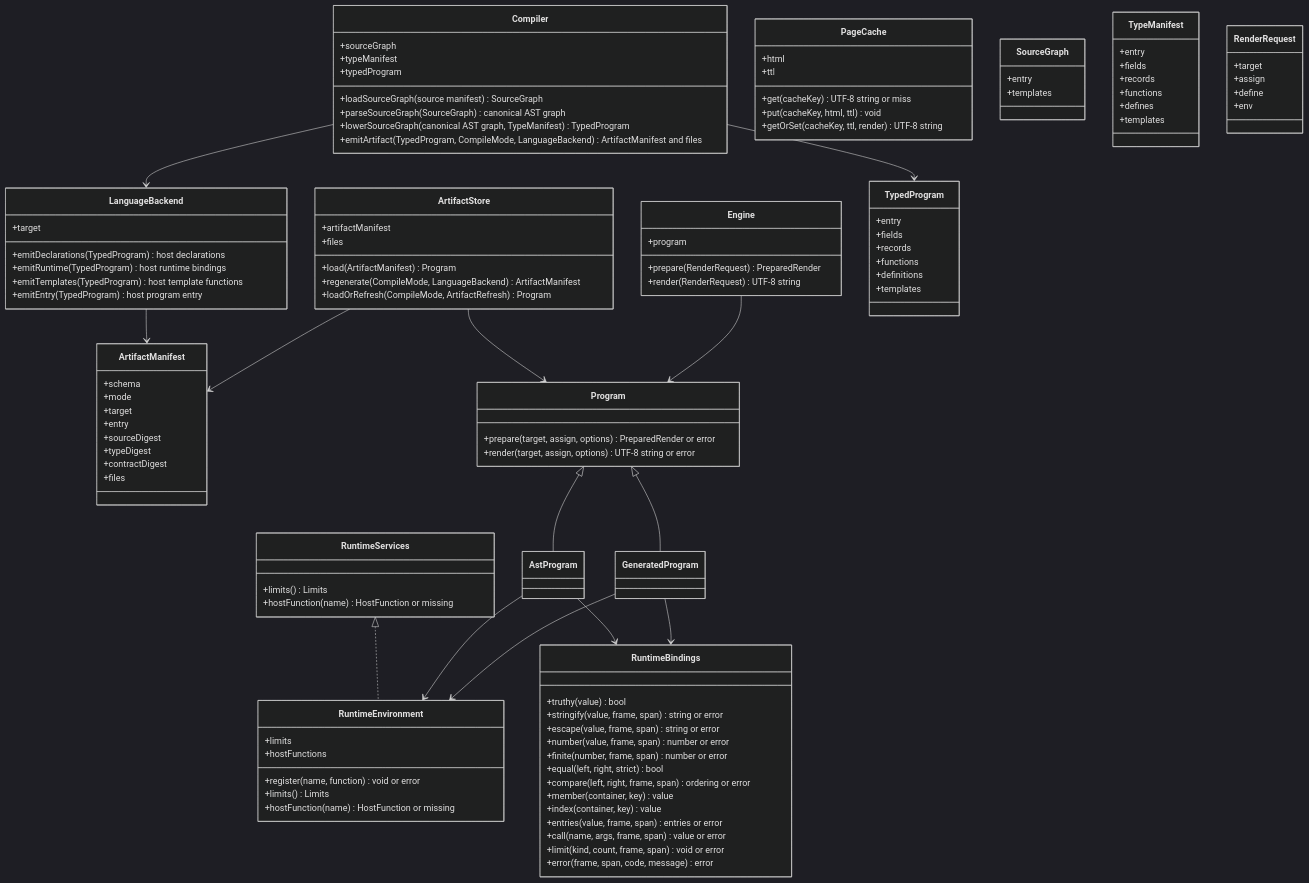
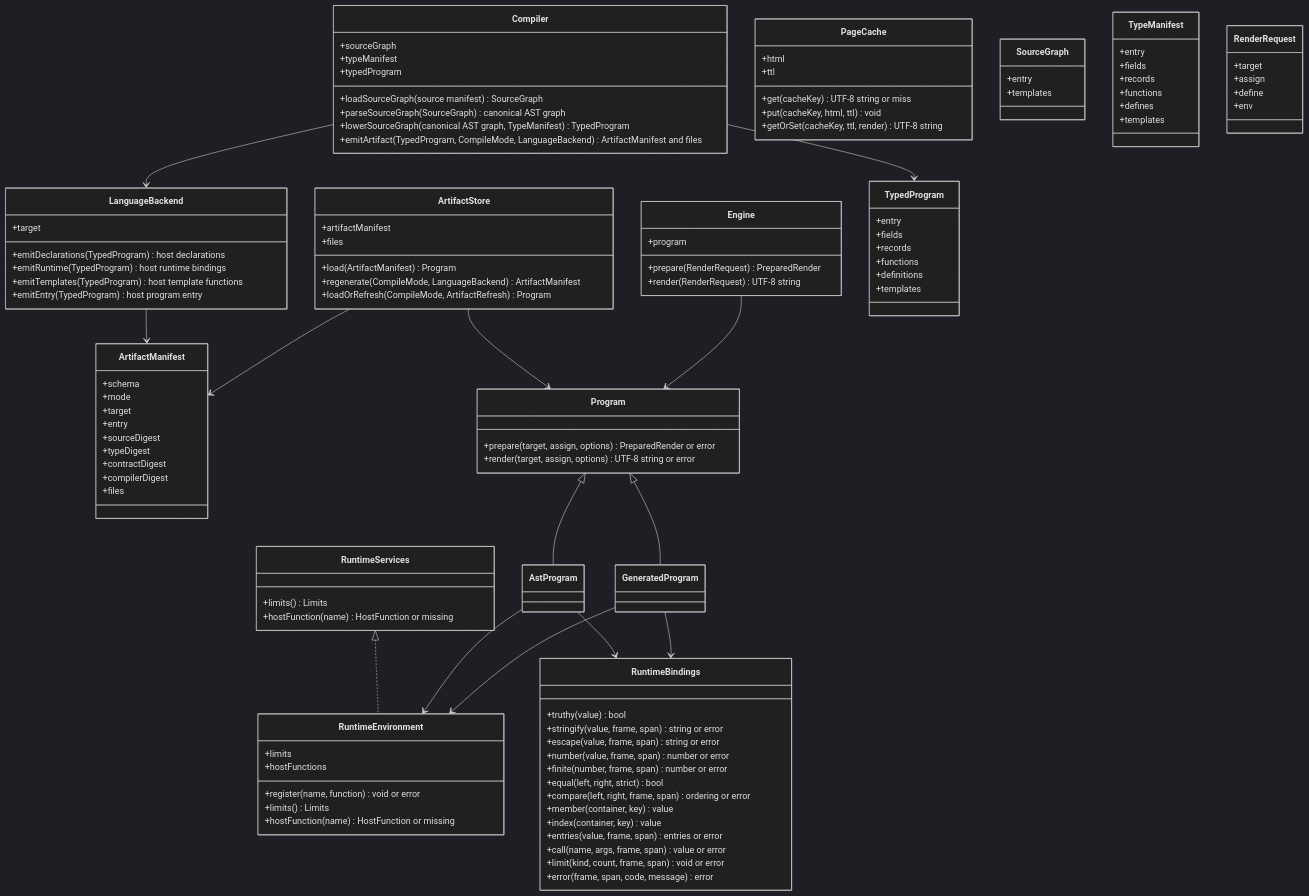
The diagram in tools/compiler/generated/compiler-classes.mmd (polyspec/template), drawn with Mermaid (dark theme) before and after one commit. The commit also changed 62 other files, not shown here.

```diff
--- a/tools/compiler/generated/compiler-classes.mmd
+++ b/tools/compiler/generated/compiler-classes.mmd
@@ -1,117 +1,118 @@
 classDiagram
   class Compiler {
     +sourceGraph
     +typeManifest
     +typedProgram
     +loadSourceGraph(source manifest) SourceGraph
     +parseSourceGraph(SourceGraph) canonical AST graph
     +lowerSourceGraph(canonical AST graph, TypeManifest) TypedProgram
     +emitArtifact(TypedProgram, CompileMode, LanguageBackend) ArtifactManifest and files
   }
   class LanguageBackend {
     +target
     +emitDeclarations(TypedProgram) host declarations
     +emitRuntime(TypedProgram) host runtime bindings
     +emitTemplates(TypedProgram) host template functions
     +emitEntry(TypedProgram) host program entry
   }
   class ArtifactStore {
     +artifactManifest
     +files
     +load(ArtifactManifest) Program
     +regenerate(CompileMode, LanguageBackend) ArtifactManifest
     +loadOrRefresh(CompileMode, ArtifactRefresh) Program
   }
   class Engine {
     +program
     +prepare(RenderRequest) PreparedRender
     +render(RenderRequest) UTF-8 string
   }
   class PageCache {
     +html
     +ttl
     +get(cacheKey) UTF-8 string or miss
     +put(cacheKey, html, ttl) void
     +getOrSet(cacheKey, ttl, render) UTF-8 string
   }
   class RuntimeEnvironment {
     +limits
     +hostFunctions
     +register(name, function) void or error
     +limits() Limits
     +hostFunction(name) HostFunction or missing
   }
   class SourceGraph {
     +entry
     +templates
   }
   class TypeManifest {
     +entry
     +fields
     +records
     +functions
     +defines
     +templates
   }
   class TypedProgram {
     +entry
     +fields
     +records
     +functions
     +definitions
     +templates
   }
   class ArtifactManifest {
     +schema
     +mode
     +target
     +entry
     +sourceDigest
     +typeDigest
     +contractDigest
+    +compilerDigest
     +files
   }
   class RenderRequest {
     +target
     +assign
     +define
     +env
   }
   class Program {
     +prepare(target, assign, options) PreparedRender or error
     +render(target, assign, options) UTF-8 string or error
   }
   class AstProgram
   class GeneratedProgram
   class RuntimeBindings {
     +truthy(value) bool
     +stringify(value, frame, span) string or error
     +escape(value, frame, span) string or error
     +number(value, frame, span) number or error
     +finite(number, frame, span) number or error
     +equal(left, right, strict) bool
     +compare(left, right, frame, span) ordering or error
     +member(container, key) value
     +index(container, key) value
     +entries(value, frame, span) entries or error
     +call(name, args, frame, span) value or error
     +limit(kind, count, frame, span) void or error
     +error(frame, span, code, message) error
   }
   class RuntimeServices {
     +limits() Limits
     +hostFunction(name) HostFunction or missing
   }
   Program <|-- AstProgram
   Program <|-- GeneratedProgram
   Compiler --> TypedProgram
   Compiler --> LanguageBackend
   LanguageBackend --> ArtifactManifest
   ArtifactStore --> ArtifactManifest
   ArtifactStore --> Program
   Engine --> Program
   RuntimeServices <|.. RuntimeEnvironment
   AstProgram --> RuntimeEnvironment
   GeneratedProgram --> RuntimeEnvironment
   AstProgram --> RuntimeBindings
   GeneratedProgram --> RuntimeBindings
```
